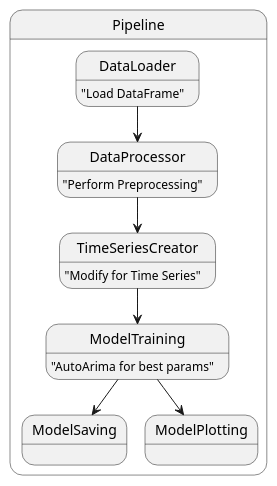
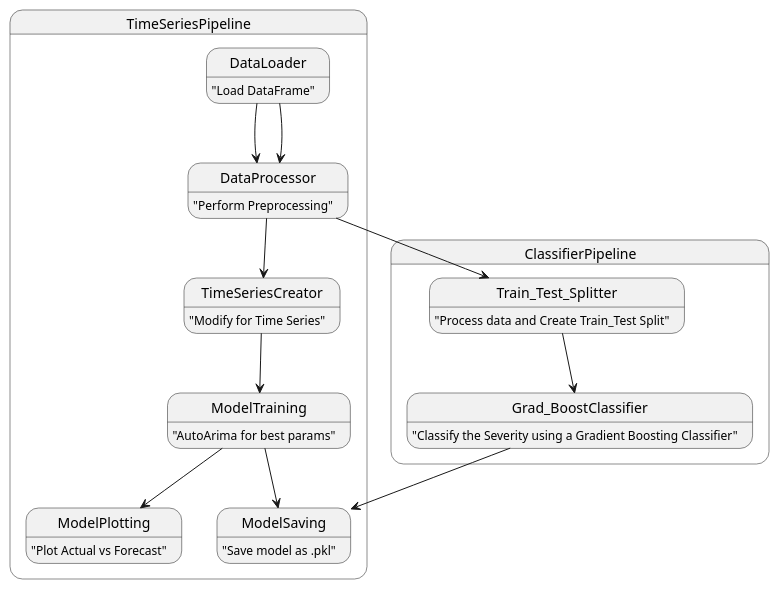
The diagram in architecture/ZenMLFlow.puml (fdevi3-mle/french-road-accidents), drawn with PlantUML before and after one commit.

Commit message:
Update the architecture diagram

```diff
--- a/architecture/ZenMLFlow.puml
+++ b/architecture/ZenMLFlow.puml
@@ -1,20 +1,31 @@
 @startuml
 'https://plantuml.com/state-diagram
 
 
-  state Pipeline {
+  state TimeSeriesPipeline {
      DataLoader --> DataProcessor
      DataProcessor --> TimeSeriesCreator
      TimeSeriesCreator --> ModelTraining
      ModelTraining --> ModelSaving
      ModelTraining --> ModelPlotting
   }
   state DataLoader : "Load DataFrame"
   state DataProcessor : "Perform Preprocessing"
   state TimeSeriesCreator: "Modify for Time Series"
   state ModelTraining : "AutoArima for best params"
+  state ModelPlotting :"Plot Actual vs Forecast"
+  state ModelSaving : "Save model as .pkl"
+
+  state ClassifierPipeline{
+     DataLoader --> DataProcessor
+     DataProcessor --> Train_Test_Splitter
+     Train_Test_Splitter -->Grad_BoostClassifier
+     Grad_BoostClassifier-->ModelSaving
+  }
+  state Train_Test_Splitter: "Process data and Create Train_Test Split"
+  state Grad_BoostClassifier: "Classify the Severity using a Gradient Boosting Classifier"
 
 
 
 
 @enduml
```
